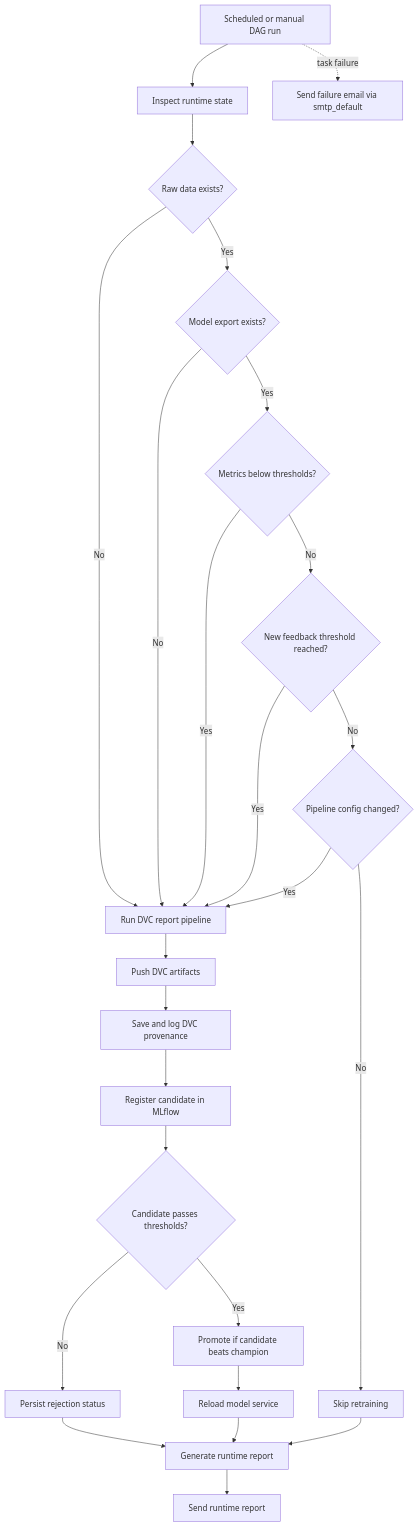
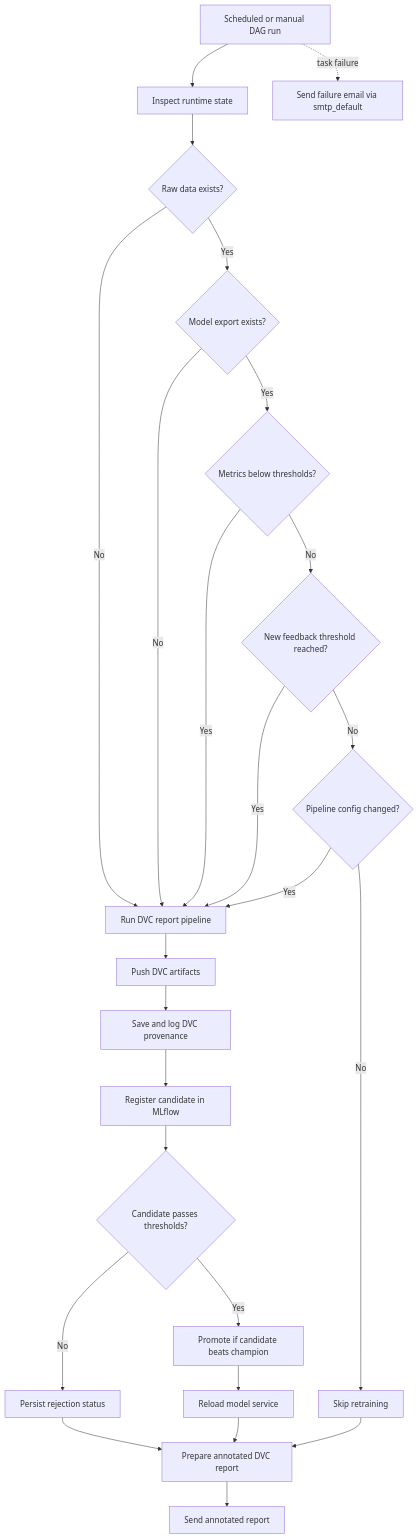
One commit to swadeshbalajee/galaxy_morphology_fp changed the fourth of 5 diagrams in docs/02_HLD.md. Above: the diagram before and after it, drawn with Mermaid. The commit also changed 11 other files, not shown here.

````diff
--- a/docs/02_HLD.md
+++ b/docs/02_HLD.md
@@ -66,27 +66,27 @@
 ```mermaid
 flowchart TD
   Start[Scheduled or manual DAG run] --> Inspect[Inspect runtime state]
   Inspect --> Raw{Raw data exists?}
   Raw -->|No| Run[Run DVC report pipeline]
   Raw -->|Yes| Model{Model export exists?}
   Model -->|No| Run
   Model -->|Yes| Metrics{Metrics below thresholds?}
   Metrics -->|Yes| Run
   Metrics -->|No| Feedback{New feedback threshold reached?}
   Feedback -->|Yes| Run
   Feedback -->|No| Config{Pipeline config changed?}
   Config -->|Yes| Run
   Config -->|No| Skip[Skip retraining]
   Run --> Push[Push DVC artifacts]
   Push --> Provenance[Save and log DVC provenance]
   Provenance --> Register[Register candidate in MLflow]
   Register --> Validate{Candidate passes thresholds?}
   Validate -->|No| Reject[Persist rejection status]
   Validate -->|Yes| Promote[Promote if candidate beats champion]
   Promote --> Reload[Reload model service]
-  Reject --> RuntimeReport[Generate runtime report]
-  Reload --> RuntimeReport[Generate runtime report]
+  Reject --> RuntimeReport[Prepare annotated DVC report]
+  Reload --> RuntimeReport[Prepare annotated DVC report]
   Skip --> RuntimeReport
-  RuntimeReport --> Email[Send runtime report]
+  RuntimeReport --> Email[Send annotated report]
   Start -. task failure .-> FailureEmail[Send failure email via smtp_default]
 ```
````
